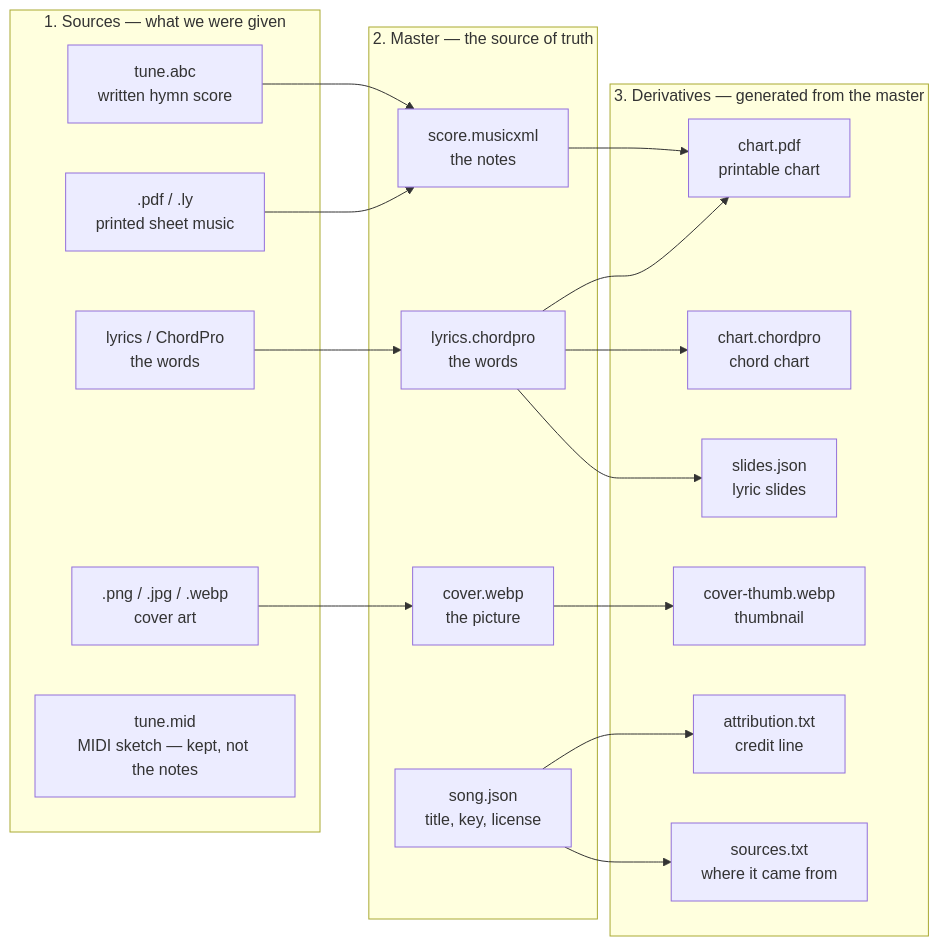
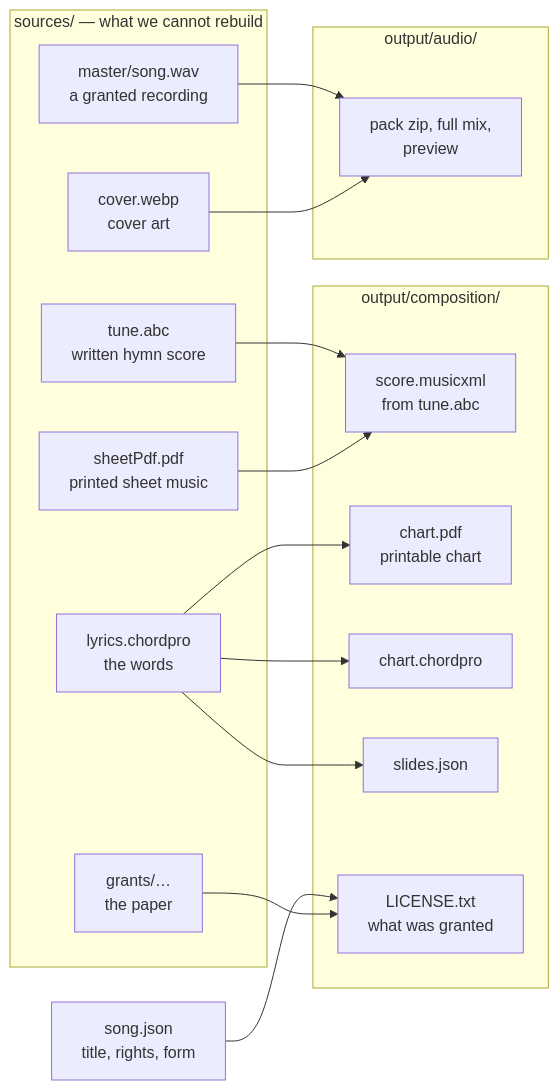
The diagram in README.md (ChurchApps/WorshipCommonsContent), drawn with Mermaid before and after one commit. The commit also changed other lines of this file and 11382 other files, not shown here.

First line of the commit message:
Package layout: song.json at the root, sources/ and output/, license out of the path

````diff
--- a/README.md
+++ b/README.md
@@ -62,39 +66,35 @@
 ```mermaid
 flowchart LR
-  subgraph sources["1. Sources — what we were given"]
+  subgraph src["sources/ — what we cannot rebuild"]
+    words["lyrics.chordpro<br/>the words"]
     abc["tune.abc<br/>written hymn score"]
-    sheet[".pdf / .ly<br/>printed sheet music"]
-    words["lyrics / ChordPro<br/>the words"]
-    pic[".png / .jpg / .webp<br/>cover art"]
-    midi["tune.mid<br/>MIDI sketch — kept, not the notes"]
+    sheet["sheetPdf.pdf<br/>printed sheet music"]
+    pic["cover.webp<br/>cover art"]
+    rec["master/song.wav<br/>a granted recording"]
+    grant["grants/…<br/>the paper"]
   end
 
-  subgraph master["2. Master — the source of truth"]
-    mscore["score.musicxml<br/>the notes"]
-    mwords["lyrics.chordpro<br/>the words"]
-    mmeta["song.json<br/>title, key, license"]
-    mcover["cover.webp<br/>the picture"]
+  meta["song.json<br/>title, rights, form"]
+
+  subgraph comp["output/composition/"]
+    dscore["score.musicxml<br/>from tune.abc"]
+    dpdf["chart.pdf<br/>printable chart"]
+    dcho["chart.chordpro"]
+    dslides["slides.json"]
+    dlic["LICENSE.txt<br/>what was granted"]
   end
 
-  subgraph deriv["3. Derivatives — generated from the master"]
-    dpdf["chart.pdf<br/>printable chart"]
-    dcho["chart.chordpro<br/>chord chart"]
-    dslides["slides.json<br/>lyric slides"]
-    dthumb["cover-thumb.webp<br/>thumbnail"]
-    dattr["attribution.txt<br/>credit line"]
-    dsrc["sources.txt<br/>where it came from"]
+  subgraph audio["output/audio/"]
+    dstems["pack zip, full mix,<br/>preview"]
   end
 
-  abc --> mscore
-  sheet --> mscore
-  words --> mwords
-  pic --> mcover
-
-  mscore --> dpdf
-  mwords --> dpdf
-  mwords --> dcho
-  mwords --> dslides
-  mmeta --> dattr
-  mmeta --> dsrc
-  mcover --> dthumb
+  abc --> dscore
+  sheet --> dscore
+  words --> dcho
+  words --> dpdf
+  words --> dslides
+  meta --> dlic
+  grant --> dlic
+  rec --> dstems
+  pic --> dstems
 ```
````
